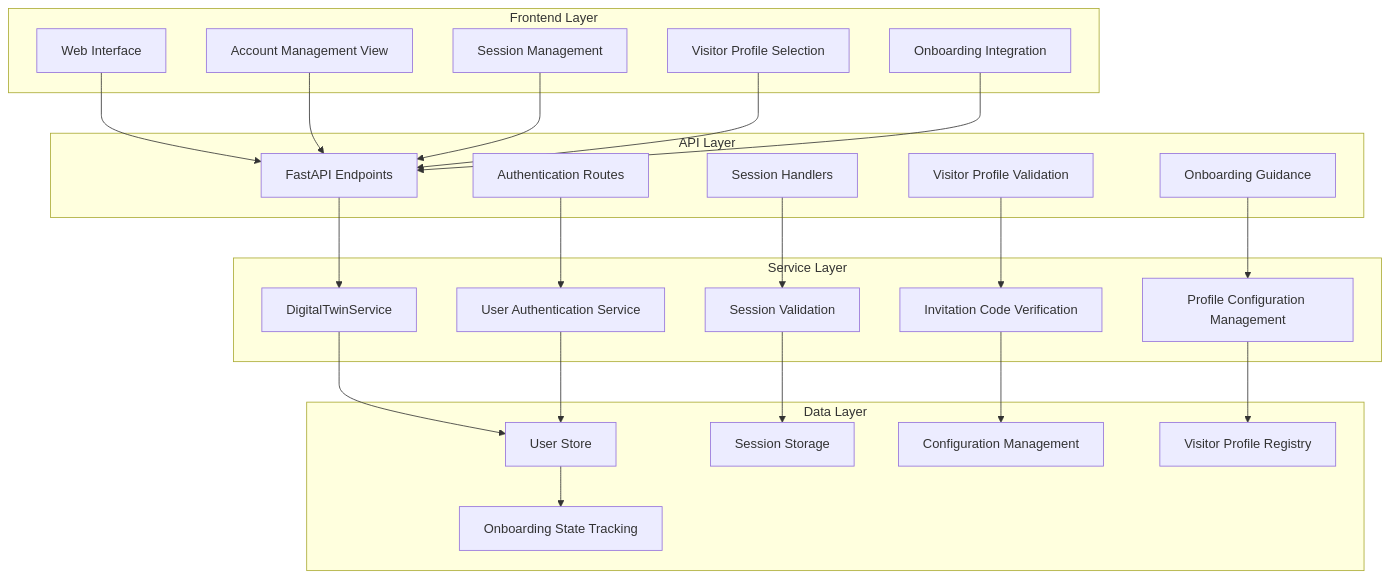
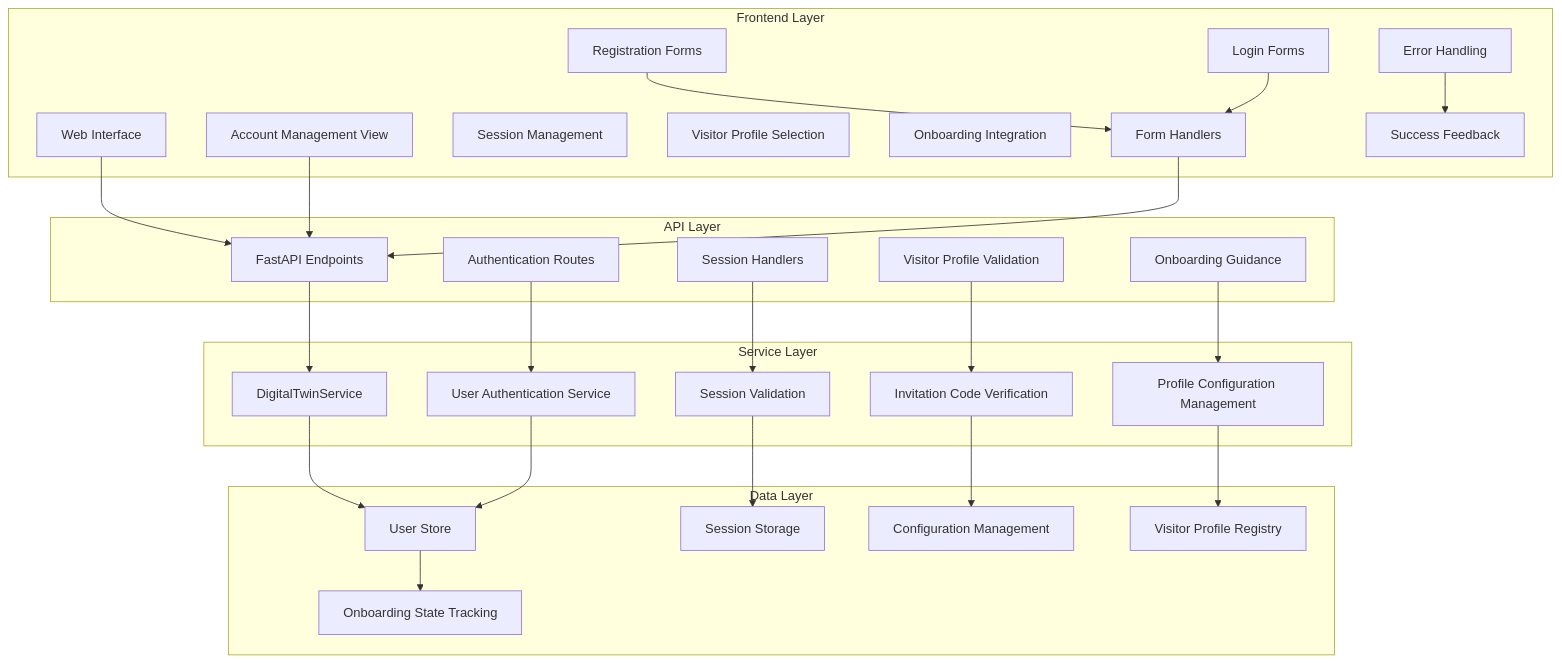
Before and after one commit to intellistream/sage-mate: the first of 15 diagrams in .qoder/repowiki/en/content/Core Components/Integrated Account Management View.md, drawn with Mermaid. The commit also changed other lines of this file and 53 other files, not shown here.

First line of the commit message:
chore: update ROADMAP and changelog for v4.1.0–v4.2.5, frontend UX fixes

````diff
--- a/.qoder/repowiki/en/content/Core Components/Integrated Account Management View.md
+++ b/.qoder/repowiki/en/content/Core Components/Integrated Account Management View.md
@@ -51,47 +51,53 @@
 ```mermaid
 graph TB
 subgraph "Frontend Layer"
 A[Web Interface]
 B[Account Management View]
 C[Session Management]
 D[Visitor Profile Selection]
 E[Onboarding Integration]
+F[Registration Forms]
+G[Login Forms]
+H[Form Handlers]
+I[Error Handling]
+J[Success Feedback]
 end
 subgraph "API Layer"
-F[FastAPI Endpoints]
-G[Authentication Routes]
-H[Session Handlers]
-I[Visitor Profile Validation]
-J[Onboarding Guidance]
+K[FastAPI Endpoints]
+L[Authentication Routes]
+M[Session Handlers]
+N[Visitor Profile Validation]
+O[Onboarding Guidance]
 end
 subgraph "Service Layer"
-K[DigitalTwinService]
-L[User Authentication Service]
-M[Session Validation]
-N[Invitation Code Verification]
-O[Profile Configuration Management]
+P[DigitalTwinService]
+Q[User Authentication Service]
+R[Session Validation]
+S[Invitation Code Verification]
+T[Profile Configuration Management]
 end
 subgraph "Data Layer"
-P[User Store]
-Q[Session Storage]
-R[Configuration Management]
-S[Visitor Profile Registry]
-T[Onboarding State Tracking]
+U[User Store]
+V[Session Storage]
+W[Configuration Management]
+X[Visitor Profile Registry]
+Y[Onboarding State Tracking]
 end
-A --> F
-B --> F
-C --> F
-D --> F
-E --> F
-F --> K
-G --> L
-H --> M
-I --> N
-J --> O
+A --> K
+B --> K
+F --> H
+G --> H
+H --> K
+I --> J
 K --> P
-L --> P
-M --> Q
-N --> R
-O --> S
-P --> T
+L --> Q
+M --> R
+N --> S
+O --> T
+P --> U
+Q --> U
+R --> V
+S --> W
+T --> X
+U --> Y
 ```
````
